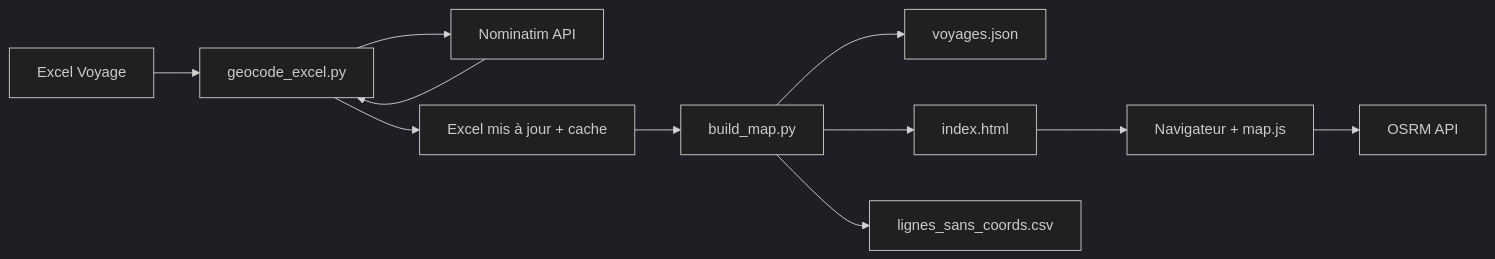
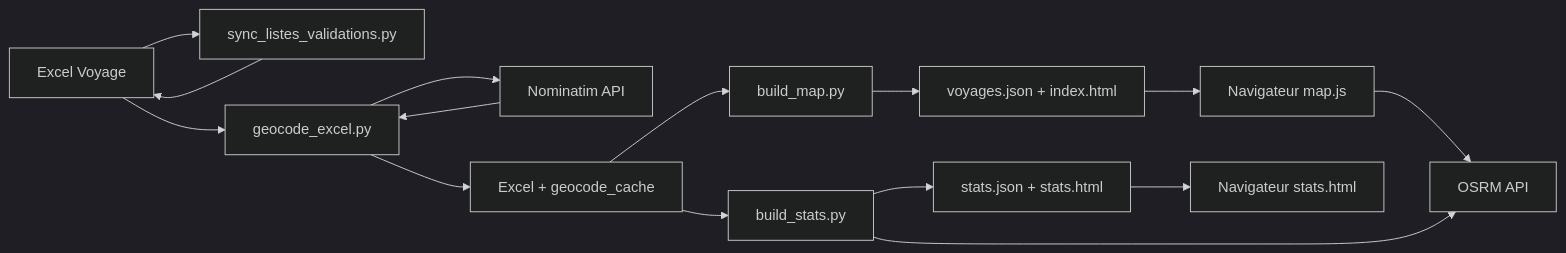
Before and after one commit to Sinnamary/CarteVoyage: the diagram in docs/CAHIER_DES_CHARGES.md, drawn with Mermaid (dark theme). The commit also changed other lines of this file and 26 other files, not shown here.

````diff
--- a/docs/CAHIER_DES_CHARGES.md
+++ b/docs/CAHIER_DES_CHARGES.md
@@ -219,13 +282,17 @@
 ```mermaid
 flowchart LR
-    A[Excel Voyage] --> B[geocode_excel.py]
-    B --> C[Nominatim API]
-    C --> B
-    B --> D[Excel mis à jour + cache]
-    D --> E[build_map.py]
-    E --> F[voyages.json]
-    E --> G[index.html]
-    E --> H[lignes_sans_coords.csv]
-    G --> I[Navigateur + map.js]
-    I --> J[OSRM API]
+    A[Excel Voyage] --> B[sync_listes_validations.py]
+    B --> A
+    A --> C[geocode_excel.py]
+    C --> D[Nominatim API]
+    D --> C
+    C --> E[Excel + geocode_cache]
+    E --> F[build_map.py]
+    E --> G[build_stats.py]
+    F --> H[voyages.json + index.html]
+    G --> I[stats.json + stats.html]
+    H --> J[Navigateur map.js]
+    I --> K[Navigateur stats.html]
+    J --> L[OSRM API]
+    G --> L
 ```
````
